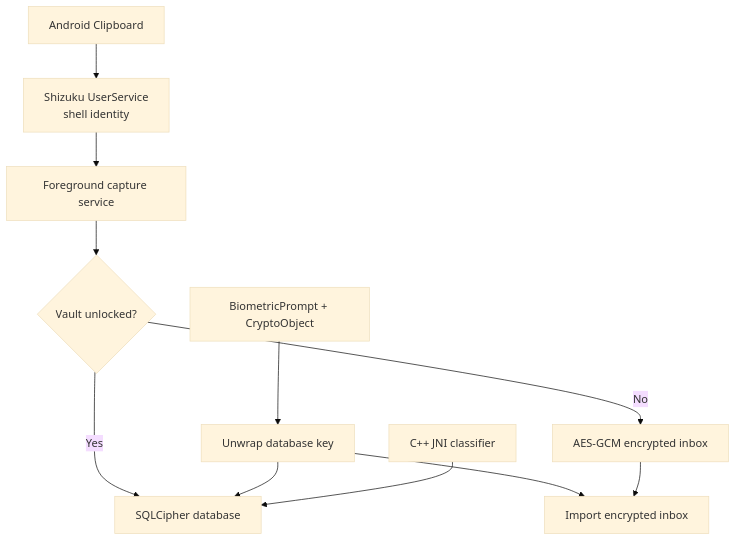
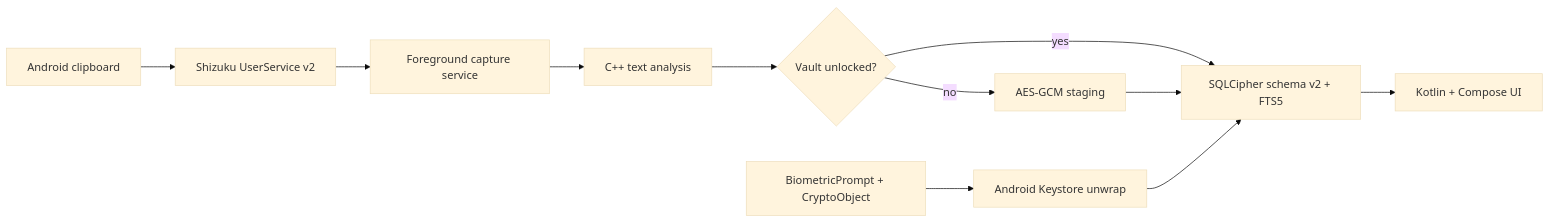
Before and after one commit to NeonBee/ClipVault: the diagram in README.md, drawn with Mermaid (base theme). The commit also changed other lines of this file and 95 other files, not shown here.

````diff
--- a/README.md
+++ b/README.md
@@ -31,13 +25,13 @@
 ```mermaid
-flowchart TD
-    C["Android Clipboard"] --> S["Shizuku UserService<br/>shell identity"]
-    S --> F["Foreground capture service"]
-    F --> L{"Vault unlocked?"}
-    L -->|Yes| Q["SQLCipher database"]
-    L -->|No| P["AES-GCM encrypted inbox"]
-    B["BiometricPrompt + CryptoObject"] --> K["Unwrap database key"]
-    K --> Q
-    K --> I["Import encrypted inbox"]
-    P --> I
-    N["C++ JNI classifier"] --> Q
+flowchart LR
+    C[Android clipboard] --> S[Shizuku UserService v2]
+    S --> F[Foreground capture service]
+    F --> A[C++ text analysis]
+    A --> L{Vault unlocked?}
+    L -->|yes| D[SQLCipher schema v2 + FTS5]
+    L -->|no| P[AES-GCM staging]
+    B[BiometricPrompt + CryptoObject] --> K[Android Keystore unwrap]
+    K --> D
+    P --> D
+    D --> U[Kotlin + Compose UI]
 ```
````
